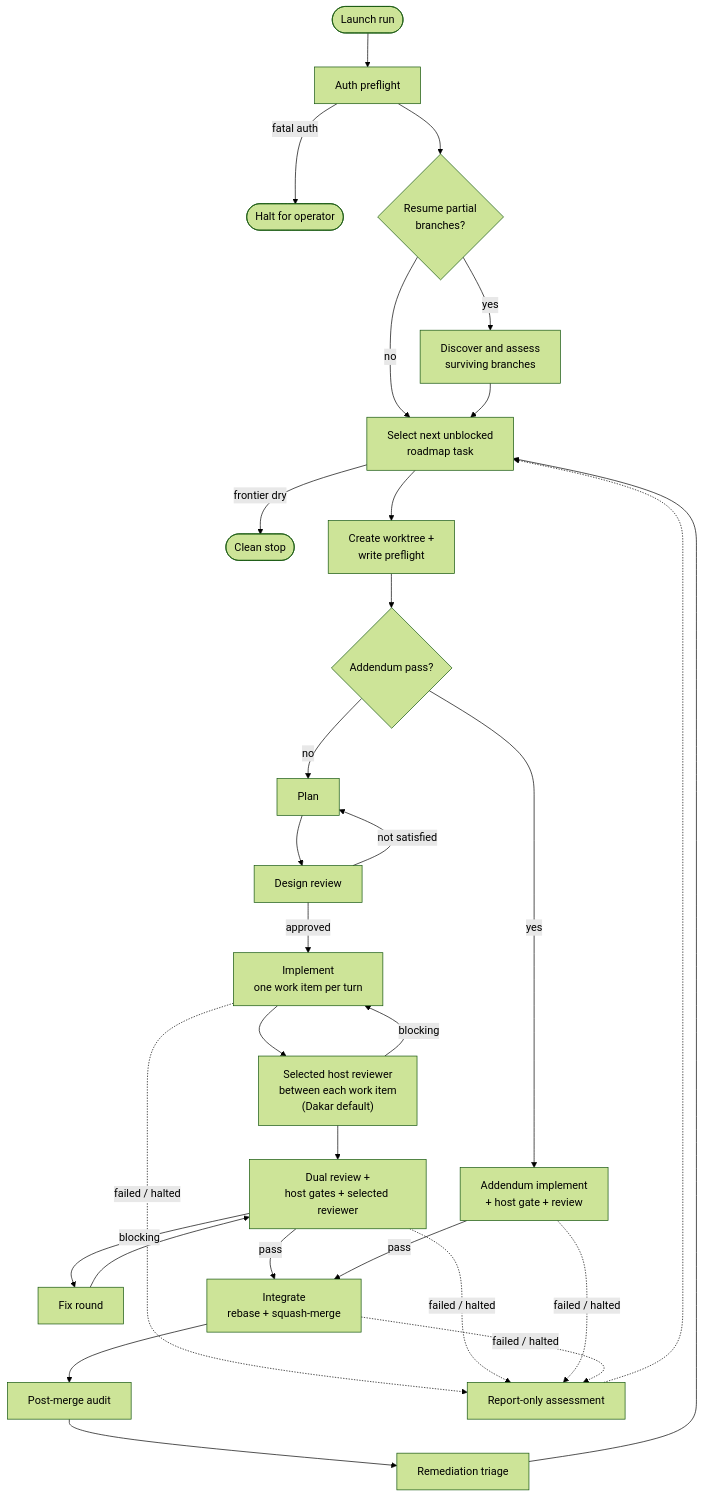
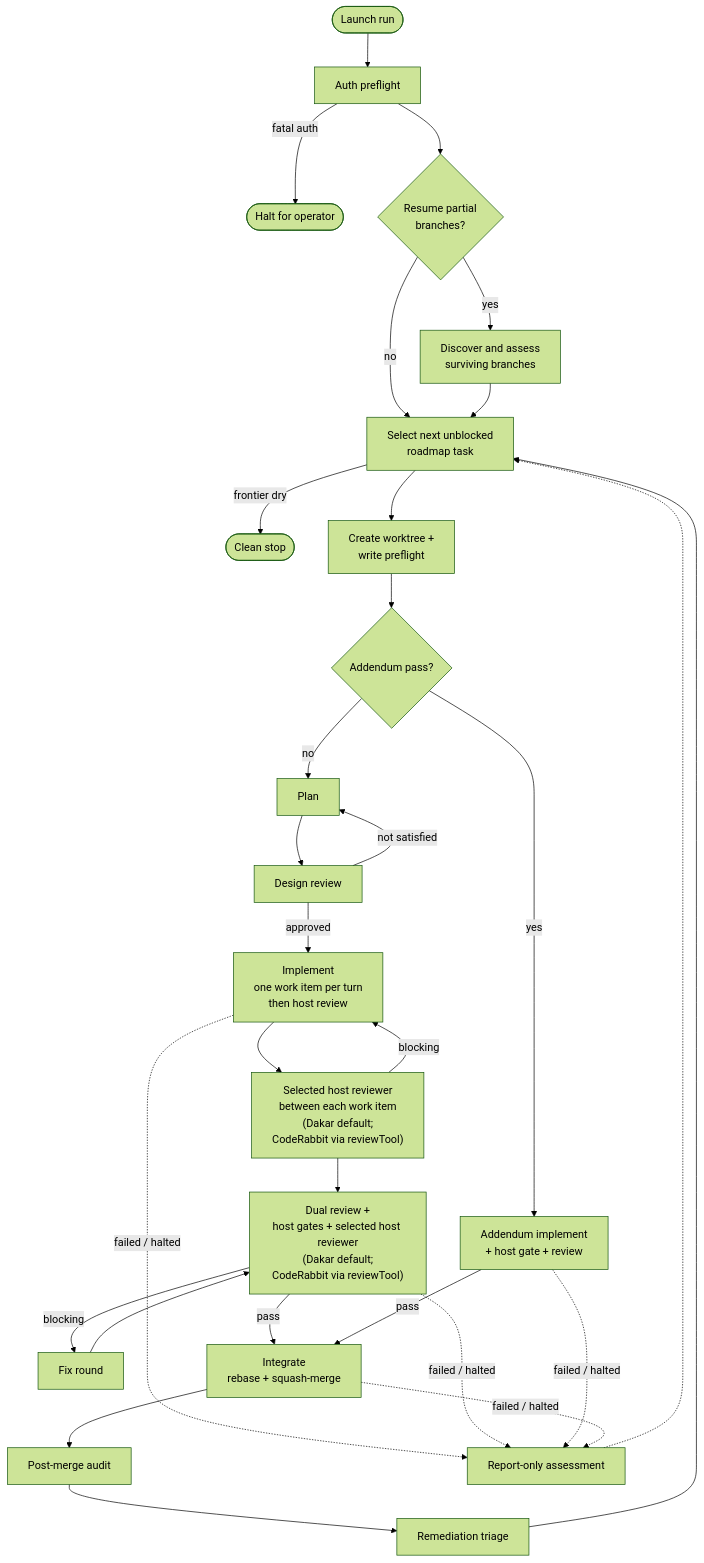
The diagram in README.md (leynos/df12-build), drawn with Mermaid (forest theme) before and after one commit. The commit also changed 1 other file, not shown here.

Commit message:
Clarify host reviewer flow diagrams
Label the enforcement boundary and show Dakar as the default host reviewer with an explicit CodeRabbit option in the workflow diagram.

````diff
--- a/README.md
+++ b/README.md
@@ -107,36 +107,36 @@
 ```mermaid
 flowchart TD
     start([Launch run]) --> auth[Auth preflight]
     auth -->|fatal auth| halt([Halt for operator])
     auth --> recovery{Resume partial<br/>branches?}
     recovery -->|yes| assessBranches[Discover and assess<br/>surviving branches]
     recovery -->|no| select
     assessBranches --> select[Select next unblocked<br/>roadmap task]
     select -->|frontier dry| done([Clean stop])
     select --> worktree[Create worktree +<br/>write preflight]
     worktree --> lane{Addendum pass?}
 
     lane -->|no| plan[Plan]
     plan --> design[Design review]
     design -->|not satisfied| plan
-    design -->|approved| build[Implement<br/>one work item per turn]
-    build --> between["Selected host reviewer<br/>between each work item<br/>(Dakar default)"]
+    design -->|approved| build[Implement<br/>one work item per turn<br/>then host review]
+    build --> between["Selected host reviewer<br/>between each work item<br/>(Dakar default;<br/>CodeRabbit via reviewTool)"]
     between -->|blocking| build
-    between --> review[Dual review +<br/>host gates + selected reviewer]
+    between --> review["Dual review +<br/>host gates + selected host reviewer<br/>(Dakar default;<br/>CodeRabbit via reviewTool)"]
     review -->|blocking| fix[Fix round]
     fix --> review
 
     lane -->|yes| addendum[Addendum implement<br/>+ host gate + review]
 
     review -->|pass| integrate[Integrate<br/>rebase + squash-merge]
     addendum -->|pass| integrate
     integrate --> audit[Post-merge audit]
     audit --> triage[Remediation triage]
     triage --> select
 
     build -.->|failed / halted| assess[Report-only assessment]
     review -.->|failed / halted| assess
     addendum -.->|failed / halted| assess
     integrate -.->|failed / halted| assess
     assess -.-> select
 ```
````
